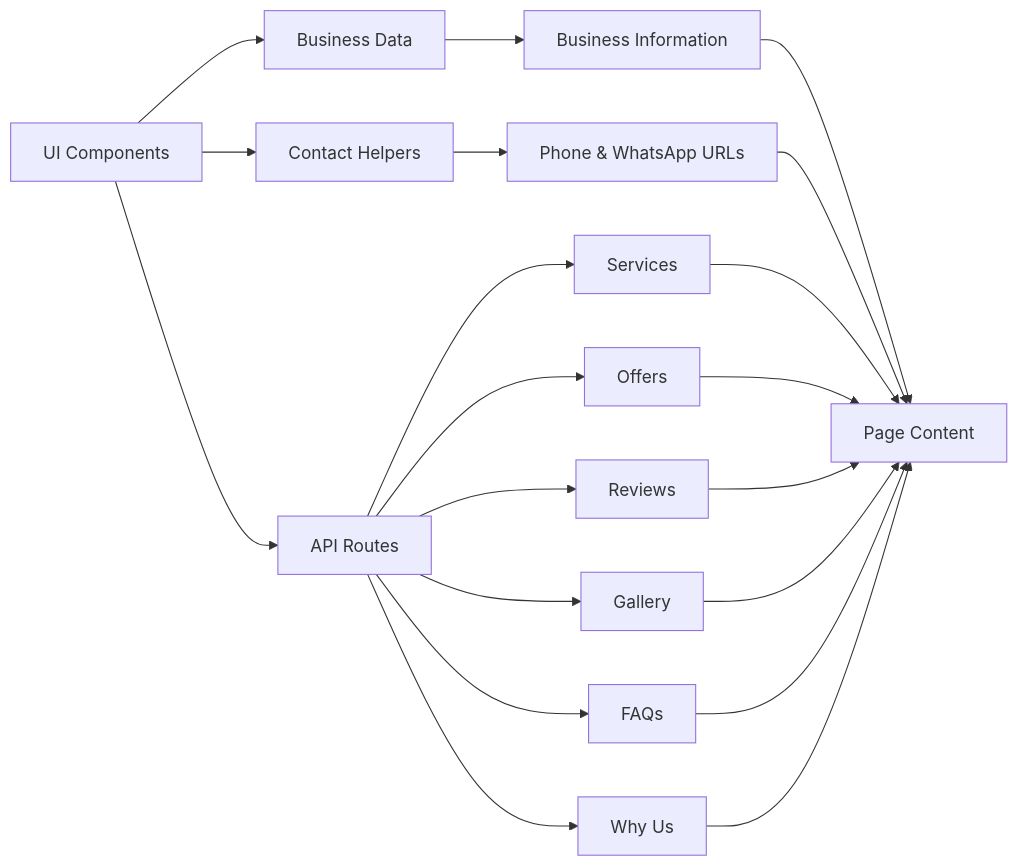
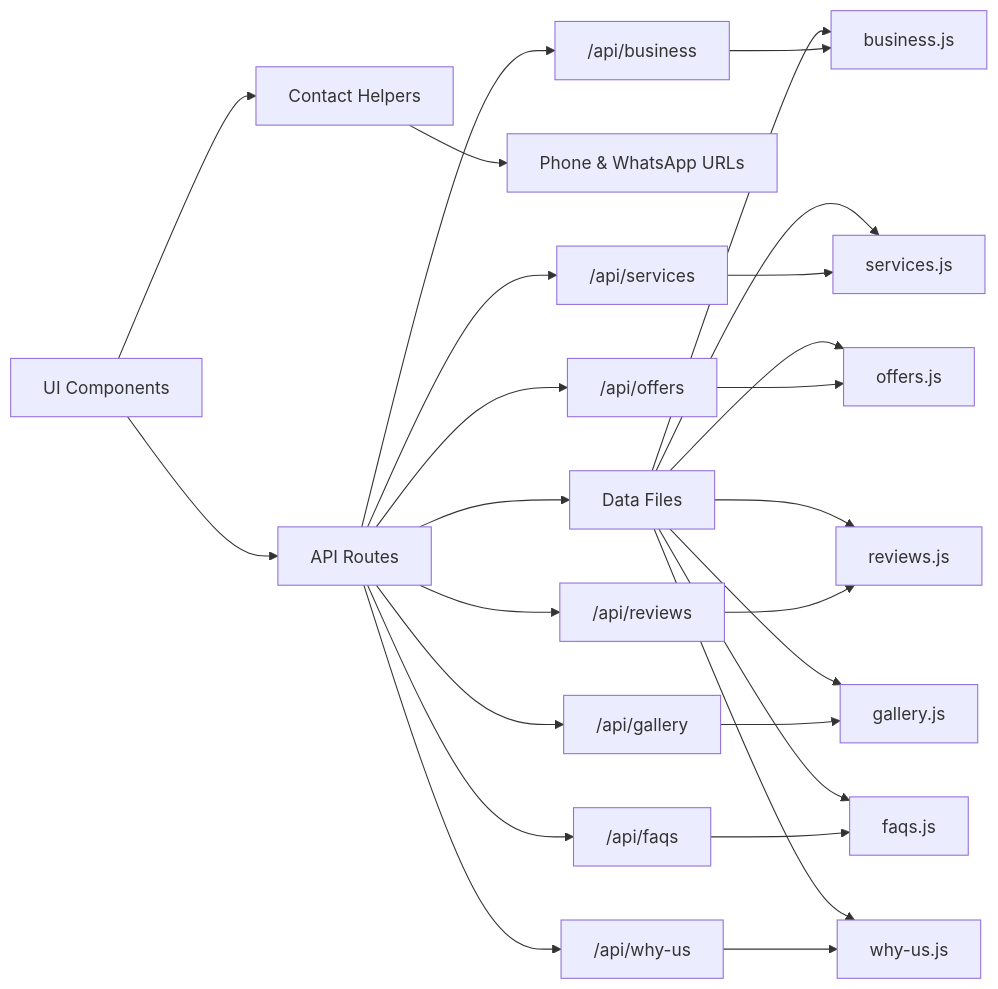
Before and after one commit to hadiashah01/aaira-khan-salon: the first of 2 diagrams in README.md, drawn with Mermaid. The commit also changed other lines of this file, not shown here.

First line of the commit message:
Revise architecture and project structure in README

````diff
--- a/README.md
+++ b/README.md
@@ -70,25 +70,31 @@
 ```mermaid
 flowchart LR
-    A["UI Components"] --> B["Business Data"]
+    A["UI Components"] --> B["API Routes"]
     A --> C["Contact Helpers"]
-    A --> D["API Routes"]
+    B --> D["Data Files"]
+    C --> E["Phone & WhatsApp URLs"]
 
-    B --> E["Business Information"]
-    C --> F["Phone & WhatsApp URLs"]
+    D --> D1["business.js"]
+    D --> D2["services.js"]
+    D --> D3["offers.js"]
+    D --> D4["reviews.js"]
+    D --> D5["gallery.js"]
+    D --> D6["faqs.js"]
+    D --> D7["why-us.js"]
 
-    D --> G["Services"]
-    D --> H["Offers"]
-    D --> I["Reviews"]
-    D --> J["Gallery"]
-    D --> K["FAQs"]
-    D --> L["Why Us"]
+    B --> F["/api/business"]
+    B --> G["/api/services"]
+    B --> H["/api/offers"]
+    B --> I["/api/reviews"]
+    B --> J["/api/gallery"]
+    B --> K["/api/faqs"]
+    B --> L["/api/why-us"]
 
-    E --> M["Page Content"]
-    F --> M
-    G --> M
-    H --> M
-    I --> M
-    J --> M
-    K --> M
-    L --> M
+    F --> D1
+    G --> D2
+    H --> D3
+    I --> D4
+    J --> D5
+    K --> D6
+    L --> D7
 ```
````
